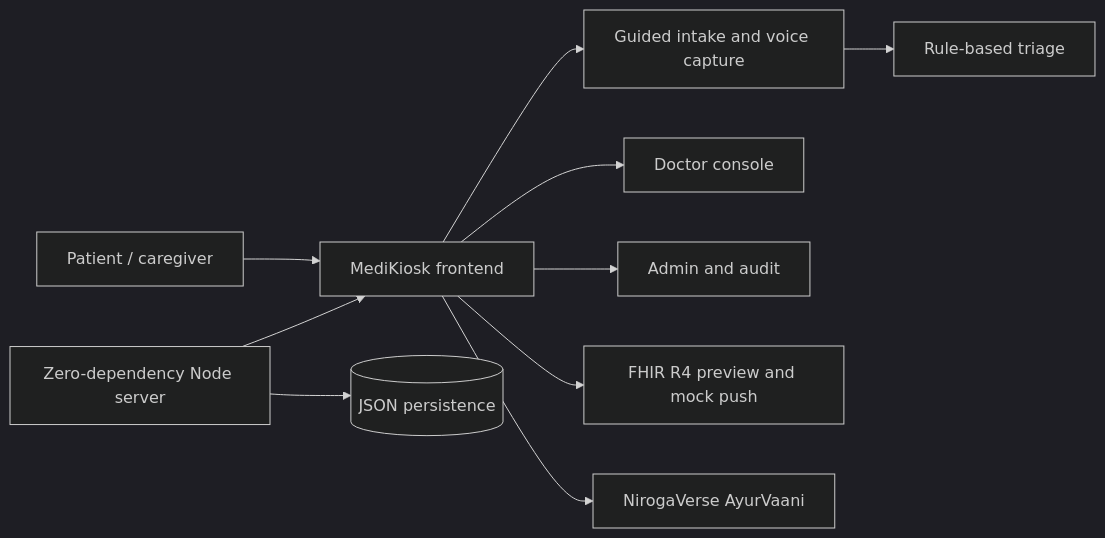
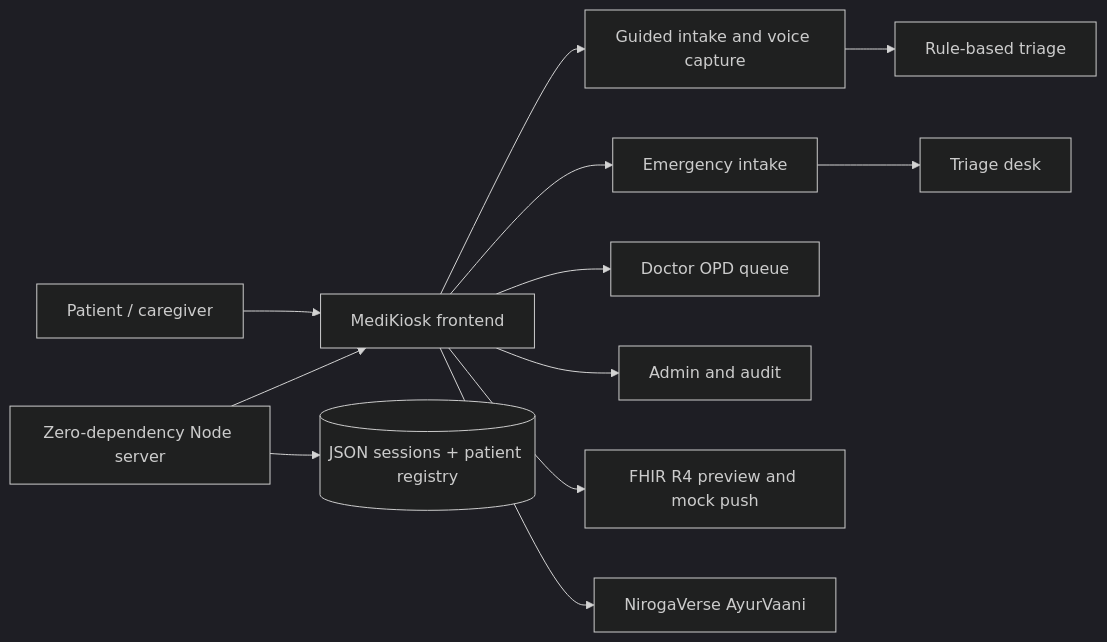
Before and after one commit to Arshsatsangi/Kiosk: the diagram in README.md, drawn with Mermaid (dark theme). The commit also changed other lines of this file, not shown here.

Commit message:
Document v2.4 emergency, live intake save, QR scan, and branding in the README.

````diff
--- a/README.md
+++ b/README.md
@@ -44,12 +44,14 @@
 ```mermaid
 flowchart LR
 	P[Patient / caregiver] --> K[MediKiosk frontend]
 	K --> I[Guided intake and voice capture]
 	I --> R[Rule-based triage]
-	K --> D[Doctor console]
+	K --> E[Emergency intake]
+	E --> T[Triage desk]
+	K --> D[Doctor OPD queue]
 	K --> A[Admin and audit]
 	K --> F[FHIR R4 preview and mock push]
 	K --> N[NirogaVerse AyurVaani]
 	S[Zero-dependency Node server] --> K
-	S --> J[(JSON persistence)]
+	S --> J[(JSON sessions + patient registry)]
 ```
````
